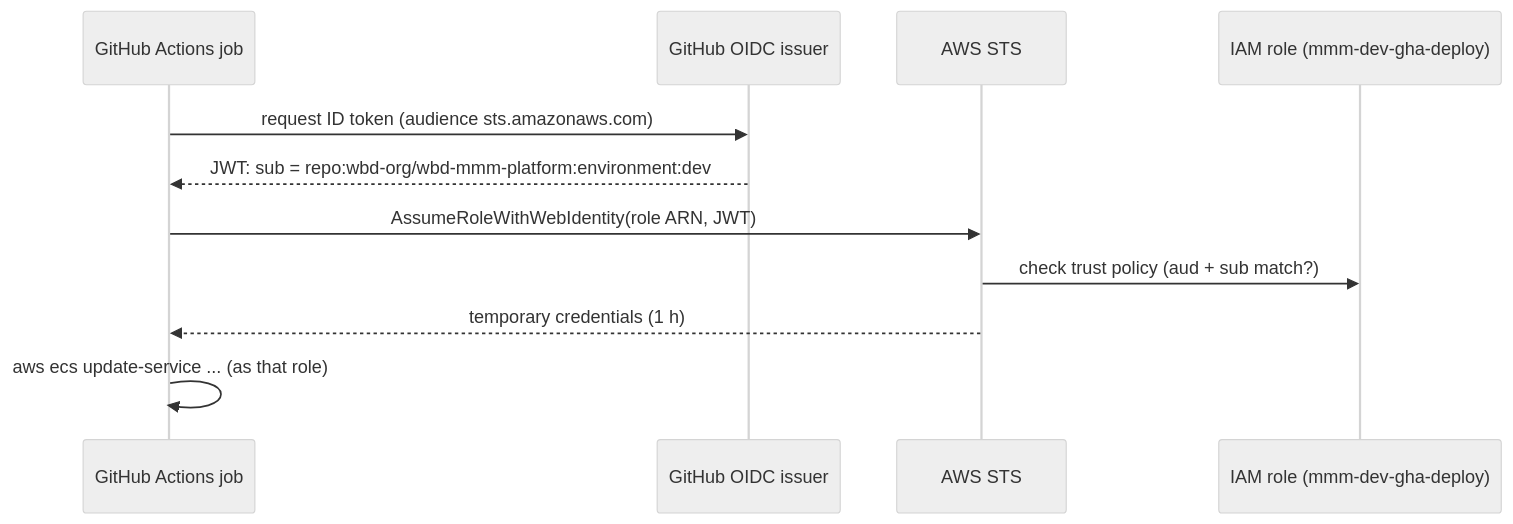
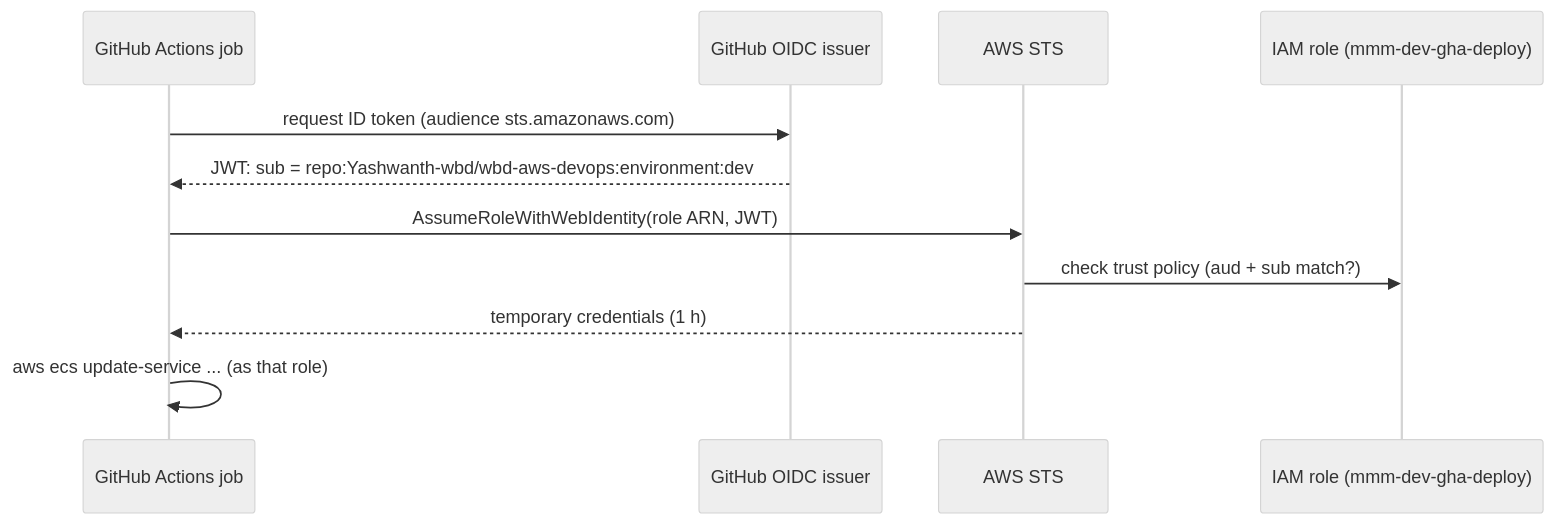
One commit to Yashwanth-wbd/wbd-aws-devops changed the diagram in docs/03-github-oidc.md. Above: the diagram before and after it, drawn with Mermaid (neutral theme). The commit also changed other lines of this file and 277 other files, not shown here.

First line of the commit message:
Implement v2 architecture (Hybrid Lakehouse + MLOps) from wbd_Presentation.pptx

````diff
--- a/docs/03-github-oidc.md
+++ b/docs/03-github-oidc.md
@@ -10,13 +10,13 @@
 ```mermaid
 sequenceDiagram
   participant J as GitHub Actions job
   participant G as GitHub OIDC issuer
   participant S as AWS STS
   participant R as IAM role (mmm-dev-gha-deploy)
   J->>G: request ID token (audience sts.amazonaws.com)
-  G-->>J: JWT: sub = repo:wbd-org/wbd-mmm-platform:environment:dev
+  G-->>J: JWT: sub = repo:Yashwanth-wbd/wbd-aws-devops:environment:dev
   J->>S: AssumeRoleWithWebIdentity(role ARN, JWT)
   S->>R: check trust policy (aud + sub match?)
   S-->>J: temporary credentials (1 h)
   J->>J: aws ecs update-service ... (as that role)
 ```
````
